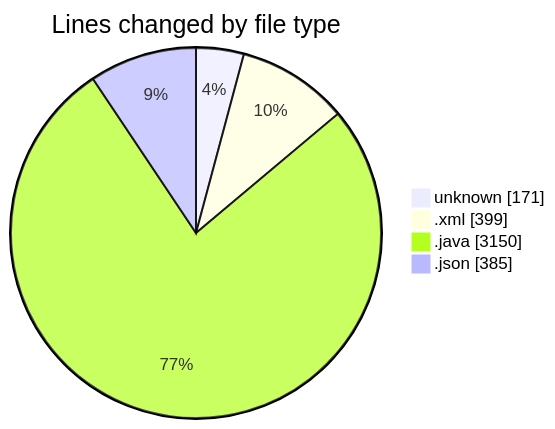
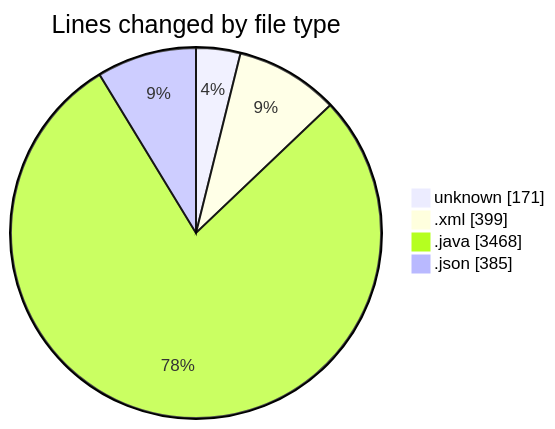
One commit to charlie-sans/code-tracking changed the first of 2 diagrams in 2025-02-24/micros/README.md. Above: the diagram before and after it, drawn with Mermaid. The commit also changed other lines of this file and 1 other file, not shown here.

````diff
--- a/2025-02-24/micros/README.md
+++ b/2025-02-24/micros/README.md
@@ -31,8 +32,8 @@
 ```mermaid
 pie showData
 title Lines changed by file type
 "unknown" : 171
 ".xml" : 399
-".java" : 3150
+".java" : 3468
 ".json" : 385
 ```
````
